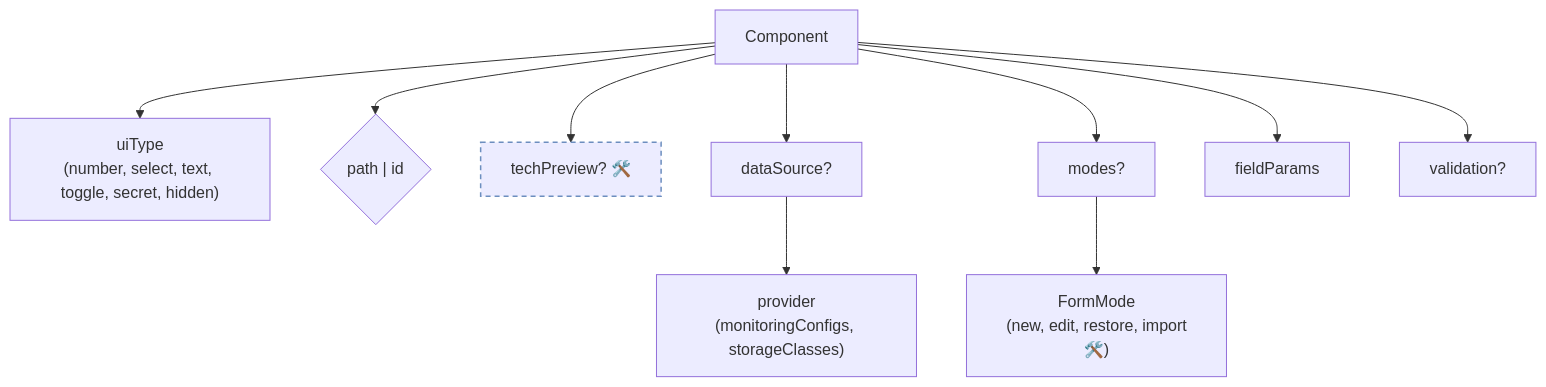
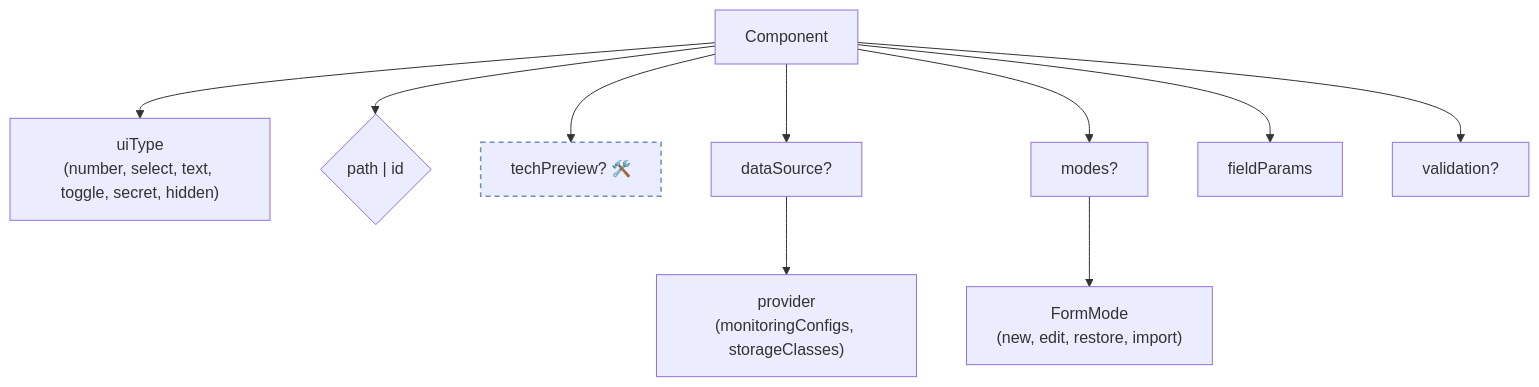
The third of 6 diagrams in docs/ui/architecture/ui-generator/schema-reference.md (AdityaPimpalkar/openeverest), drawn with Mermaid before and after one commit. The commit also changed other lines of this file and 107 other files, not shown here.

````diff
--- a/docs/ui/architecture/ui-generator/schema-reference.md
+++ b/docs/ui/architecture/ui-generator/schema-reference.md
@@ -50,15 +50,15 @@
 ```mermaid
 flowchart TD
   CMP["Component"] --> UT["uiType<br/>(number, select, text, toggle, secret, hidden)"]
   CMP --> PID{"path | id"}
   CMP --> TP2["techPreview? 🛠️"]
   CMP --> DS2["dataSource?"]
   DS2 --> PROVIDER["provider<br/>(monitoringConfigs, storageClasses)"]
   CMP --> MOD2["modes?"]
-  MOD2 --> FORM_MODE["FormMode<br/>(new, edit, restore, import🛠️)"]
+  MOD2 --> FORM_MODE["FormMode<br/>(new, edit, restore, import)"]
   CMP --> FP2["fieldParams"]
   CMP --> VAL2["validation?"]
 
   classDef planned stroke-dasharray:5 4,stroke:#6c8ebf,stroke-width:1.5px;
   class TP2 planned;
 ```
````
